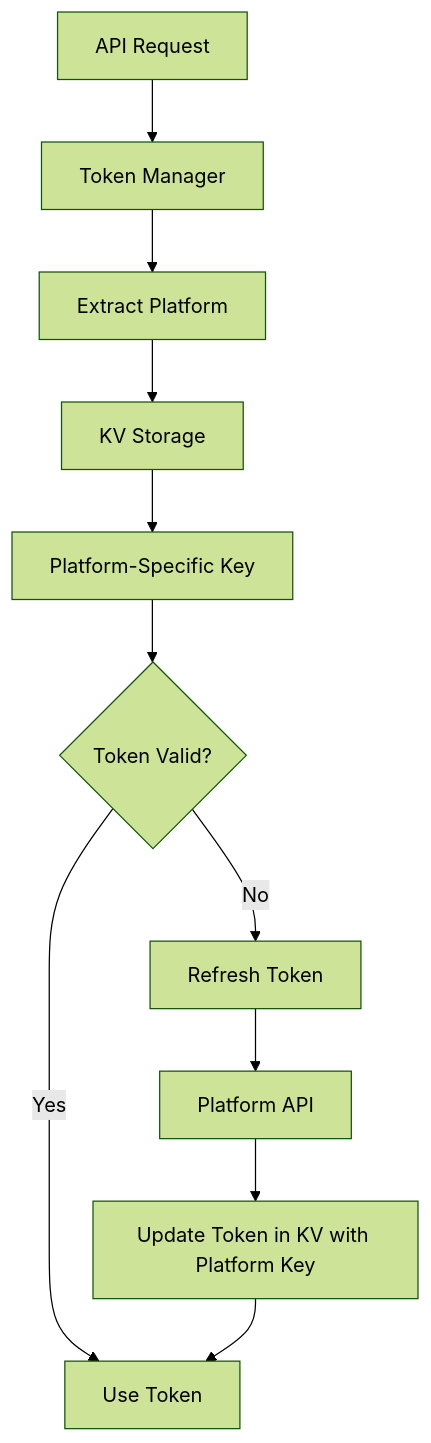
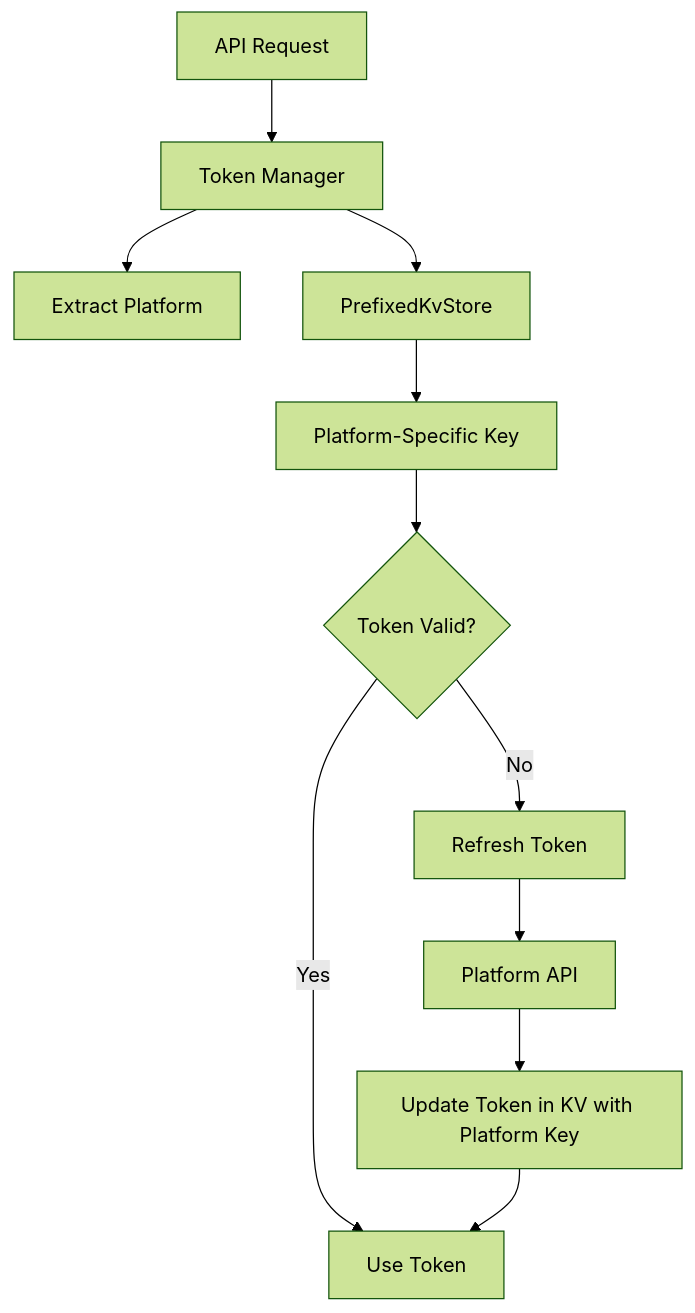
Before and after one commit to open-crosspost/open-crosspost-proxy-service: the ninth of 21 diagrams in memory-bank/systemPatterns.md, drawn with Mermaid (forest theme). The commit also changed other lines of this file and 30 other files, not shown here.

````diff
--- a/memory-bank/systemPatterns.md
+++ b/memory-bank/systemPatterns.md
@@ -206,13 +240,13 @@
 ```mermaid
 flowchart TD
     Request[API Request] --> TokenManager[Token Manager]
     TokenManager --> ExtractPlatform[Extract Platform]
-    ExtractPlatform --> KV[KV Storage]
-    KV --> PlatformKey[Platform-Specific Key]
+    TokenManager --> PrefixedKvStore[PrefixedKvStore]
+    PrefixedKvStore --> PlatformKey[Platform-Specific Key]
     PlatformKey --> Valid{Token Valid?}
     Valid -->|Yes| UseToken[Use Token]
     Valid -->|No| Refresh[Refresh Token]
     Refresh --> Platform[Platform API]
     Platform --> UpdateToken[Update Token in KV with Platform Key]
     UpdateToken --> UseToken
 ```
````
